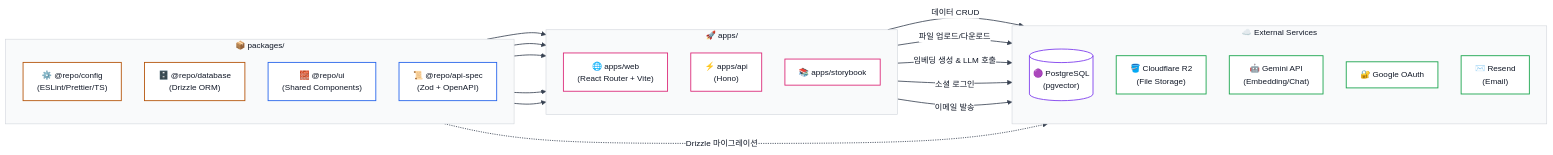
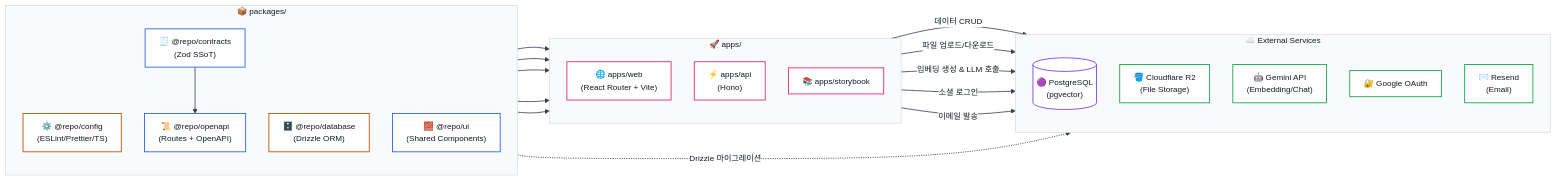
Before and after one commit to qaws7791/turbo-hono-next: the diagram in README.md, drawn with Mermaid. The commit also changed other lines of this file and 39 other files, not shown here.

First line of the commit message:
feat: @repo/api-spec 패키지를  역할에 따라 @repo/contracts,  @repo/openapi 패키지로 분리

```diff
--- a/README.md
+++ b/README.md
@@ -219,7 +219,8 @@
     CFG["⚙️ @repo/config<br/>(ESLint/Prettier/TS)"]
     DB["🗄️ @repo/database<br/>(Drizzle ORM)"]
     UI["🧱 @repo/ui<br/>(Shared Components)"]
-    SPEC["📜 @repo/api-spec<br/>(Zod + OpenAPI)"]
+    CONTRACTS["🧾 @repo/contracts<br/>(Zod SSoT)"]
+    OPENAPI["📜 @repo/openapi<br/>(Routes + OpenAPI)"]
   end
 
   subgraph A["🚀 apps/"]
@@ -241,8 +242,9 @@
   %% Internal dependencies
   UI --> WEB
   UI --> SB
-  SPEC --> WEB
-  SPEC --> API
+  CONTRACTS --> OPENAPI
+  OPENAPI --> WEB
+  OPENAPI --> API
   DB --> API
 
   %% External connections
@@ -263,7 +265,7 @@
 
   class C,M,X,A,P group;
   class WEB,API,SB app;
-  class SPEC,UI pkg;
+  class CONTRACTS,OPENAPI,UI pkg;
   class DB tool;
   class CFG tool;
   class PG db;
```
